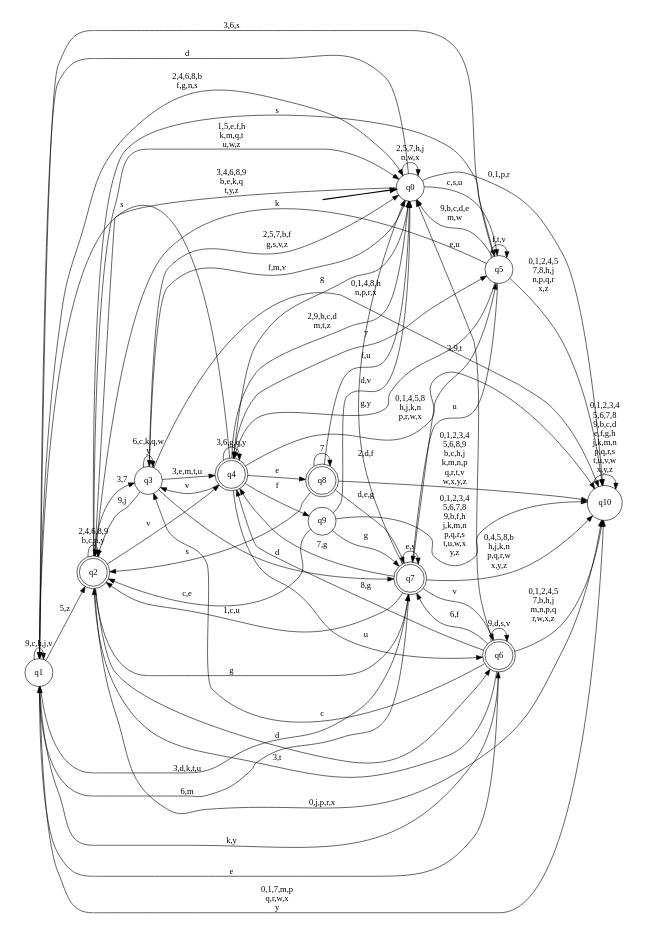
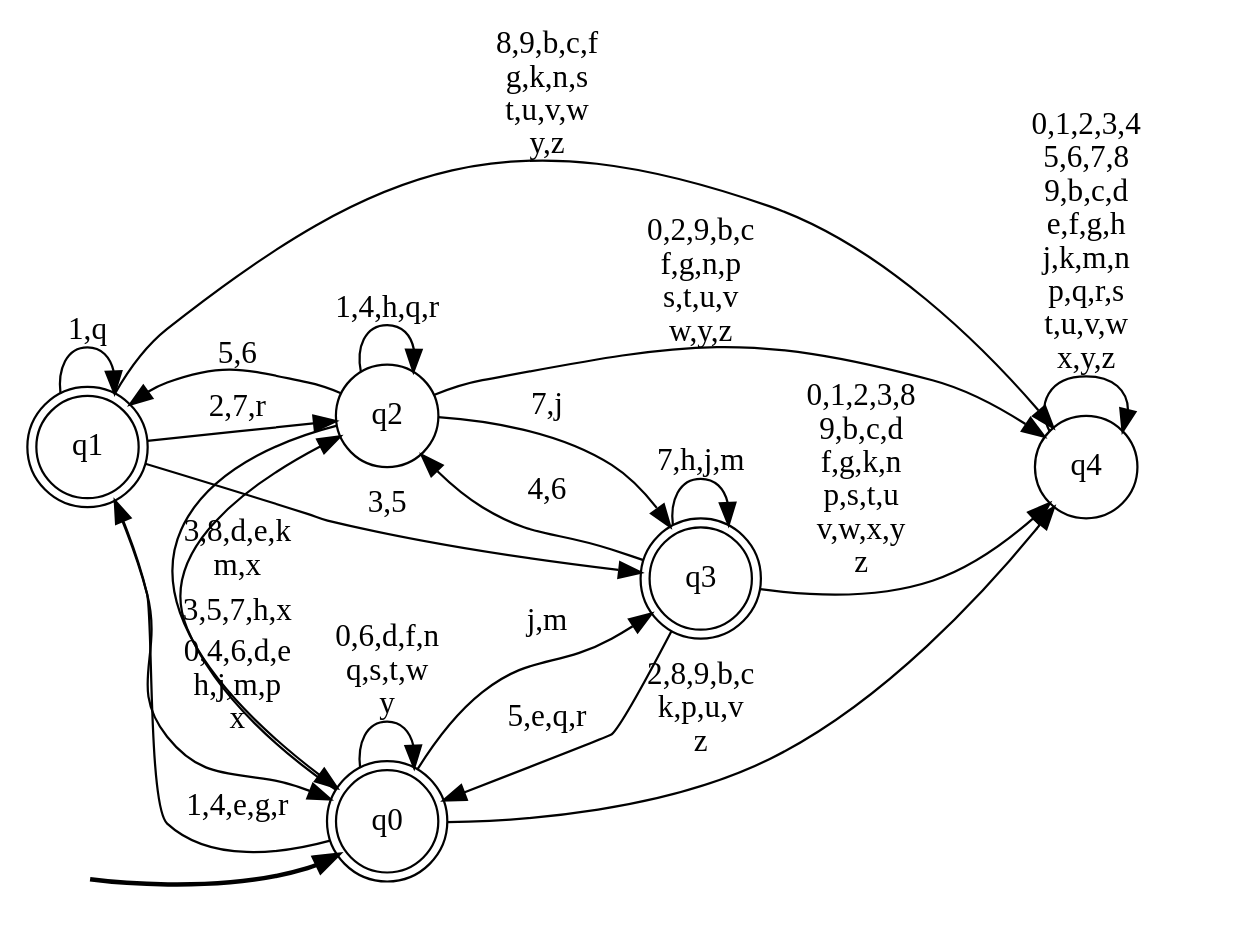
One commit to gabrer/mobility_similarity_exp changed the diagram in dfas_of_users/163.dot. Above: the diagram before and after it, drawn with Graphviz. The commit also changed 7 other files, not shown here.

```diff
--- a/dfas_of_users/163.dot
+++ b/dfas_of_users/163.dot
@@ -1,93 +1,38 @@
 digraph DFA {
 __start0 [style = invis, shape = none, label = "", width = 0, height = 0];
 
 rankdir=LR;
 size="8,5";
 
-s0 [style="filled", color="black", fillcolor="white" shape="circle", label="q0"];
-s1 [style="filled", color="black", fillcolor="white" shape="circle", label="q1"];
-s2 [style="rounded,filled", color="black", fillcolor="white" shape="doublecircle", label="q2"];
-s3 [style="filled", color="black", fillcolor="white" shape="circle", label="q3"];
-s4 [style="rounded,filled", color="black", fillcolor="white" shape="doublecircle", label="q4"];
-s5 [style="filled", color="black", fillcolor="white" shape="circle", label="q5"];
-s6 [style="rounded,filled", color="black", fillcolor="white" shape="doublecircle", label="q6"];
-s7 [style="rounded,filled", color="black", fillcolor="white" shape="doublecircle", label="q7"];
-s8 [style="rounded,filled", color="black", fillcolor="white" shape="doublecircle", label="q8"];
-s9 [style="filled", color="black", fillcolor="white" shape="circle", label="q9"];
-s10 [style="filled", color="black", fillcolor="white" shape="circle", label="q10"];
+s0 [style="rounded,filled", color="black", fillcolor="white" shape="doublecircle", label="q0"];
+s1 [style="rounded,filled", color="black", fillcolor="white" shape="doublecircle", label="q1"];
+s2 [style="filled", color="black", fillcolor="white" shape="circle", label="q2"];
+s3 [style="rounded,filled", color="black", fillcolor="white" shape="doublecircle", label="q3"];
+s4 [style="filled", color="black", fillcolor="white" shape="circle", label="q4"];
 subgraph cluster_main { 
 	graph [pad=".75", ranksep="0.15", nodesep="0.15"];
 	 style=invis; 
 	__start0 -> s0 [penwidth=2];
 }
-s0 -> s0 [label="2,5,7,h,j\nn,w,x"];
-s0 -> s1 [label="d"];
-s0 -> s2 [label="3,4,6,8,9\nb,e,k,q\nt,y,z"];
-s0 -> s3 [label="f,m,v"];
-s0 -> s4 [label="g"];
-s0 -> s5 [label="c,s,u"];
-s0 -> s10 [label="0,1,p,r"];
-s1 -> s0 [label="2,4,6,8,b\nf,g,n,s"];
-s1 -> s1 [label="9,c,h,j,v"];
-s1 -> s2 [label="5,z"];
-s1 -> s6 [label="e"];
-s1 -> s7 [label="3,d,k,t,u"];
-s1 -> s10 [label="0,1,7,m,p\nq,r,w,x\ny"];
-s2 -> s0 [label="1,5,e,f,h\nk,m,q,t\nu,w,z"];
-s2 -> s2 [label="2,4,6,8,9\nb,c,n,y"];
-s2 -> s3 [label="3,7"];
-s2 -> s4 [label="v"];
-s2 -> s5 [label="s"];
-s2 -> s6 [label="d"];
-s2 -> s7 [label="g"];
-s2 -> s10 [label="0,j,p,r,x"];
-s3 -> s0 [label="2,5,7,b,f\ng,s,v,z"];
-s3 -> s2 [label="9,j"];
-s3 -> s3 [label="6,c,k,q,w\ny"];
-s3 -> s4 [label="3,e,m,t,u"];
-s3 -> s7 [label="d"];
-s3 -> s10 [label="0,1,4,8,h\nn,p,r,x"];
-s4 -> s0 [label="2,9,b,c,d\nm,t,z"];
-s4 -> s1 [label="s"];
-s4 -> s3 [label="v"];
-s4 -> s4 [label="3,6,g,q,y"];
-s4 -> s5 [label="7"];
-s4 -> s6 [label="u"];
-s4 -> s8 [label="e"];
-s4 -> s9 [label="f"];
-s4 -> s10 [label="0,1,4,5,8\nh,j,k,n\np,r,w,x"];
-s5 -> s0 [label="9,b,c,d,e\nm,w"];
-s5 -> s1 [label="3,6,s"];
-s5 -> s2 [label="k"];
-s5 -> s4 [label="g,y"];
-s5 -> s5 [label="f,t,v"];
-s5 -> s7 [label="u"];
-s5 -> s10 [label="0,1,2,4,5\n7,8,h,j\nn,p,q,r\nx,z"];
-s6 -> s0 [label="e,u"];
-s6 -> s1 [label="k,y"];
-s6 -> s2 [label="3,t"];
-s6 -> s3 [label="c"];
-s6 -> s4 [label="8,g"];
-s6 -> s6 [label="9,d,s,v"];
-s6 -> s7 [label="6,f"];
-s6 -> s10 [label="0,1,2,4,5\n7,b,h,j\nm,n,p,q\nr,w,x,z"];
-s7 -> s0 [label="2,d,f"];
-s7 -> s1 [label="6,m"];
-s7 -> s2 [label="1,c,u"];
-s7 -> s4 [label="7,g"];
-s7 -> s5 [label="3,9,t"];
-s7 -> s6 [label="v"];
-s7 -> s7 [label="e,s"];
-s7 -> s10 [label="0,4,5,8,b\nh,j,k,n\np,q,r,w\nx,y,z"];
-s8 -> s0 [label="f,u"];
-s8 -> s2 [label="s"];
-s8 -> s7 [label="d,e,g"];
-s8 -> s8 [label="7"];
-s8 -> s10 [label="0,1,2,3,4\n5,6,8,9\nb,c,h,j\nk,m,n,p\nq,r,t,v\nw,x,y,z"];
-s9 -> s0 [label="d,v"];
-s9 -> s2 [label="c,e"];
-s9 -> s7 [label="g"];
-s9 -> s10 [label="0,1,2,3,4\n5,6,7,8\n9,b,f,h\nj,k,m,n\np,q,r,s\nt,u,w,x\ny,z"];
-s10 -> s10 [label="0,1,2,3,4\n5,6,7,8\n9,b,c,d\ne,f,g,h\nj,k,m,n\np,q,r,s\nt,u,v,w\nx,y,z"];
+s0 -> s0 [label="0,6,d,f,n\nq,s,t,w\ny"];
+s0 -> s1 [label="1,4,e,g,r"];
+s0 -> s2 [label="3,5,7,h,x"];
+s0 -> s3 [label="j,m"];
+s0 -> s4 [label="2,8,9,b,c\nk,p,u,v\nz"];
+s1 -> s0 [label="0,4,6,d,e\nh,j,m,p\nx"];
+s1 -> s1 [label="1,q"];
+s1 -> s2 [label="2,7,r"];
+s1 -> s3 [label="3,5"];
+s1 -> s4 [label="8,9,b,c,f\ng,k,n,s\nt,u,v,w\ny,z"];
+s2 -> s0 [label="3,8,d,e,k\nm,x"];
+s2 -> s1 [label="5,6"];
+s2 -> s2 [label="1,4,h,q,r"];
+s2 -> s3 [label="7,j"];
+s2 -> s4 [label="0,2,9,b,c\nf,g,n,p\ns,t,u,v\nw,y,z"];
+s3 -> s0 [label="5,e,q,r"];
+s3 -> s2 [label="4,6"];
+s3 -> s3 [label="7,h,j,m"];
+s3 -> s4 [label="0,1,2,3,8\n9,b,c,d\nf,g,k,n\np,s,t,u\nv,w,x,y\nz"];
+s4 -> s4 [label="0,1,2,3,4\n5,6,7,8\n9,b,c,d\ne,f,g,h\nj,k,m,n\np,q,r,s\nt,u,v,w\nx,y,z"];
 
 }
```
